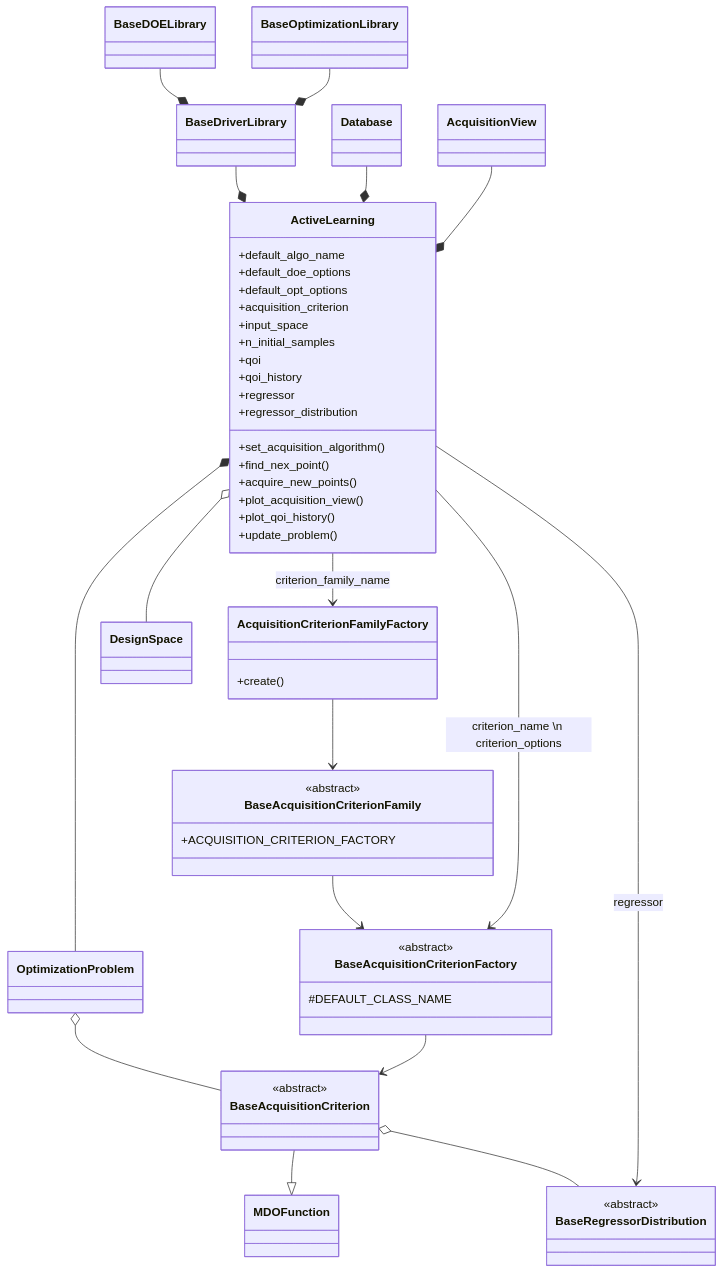
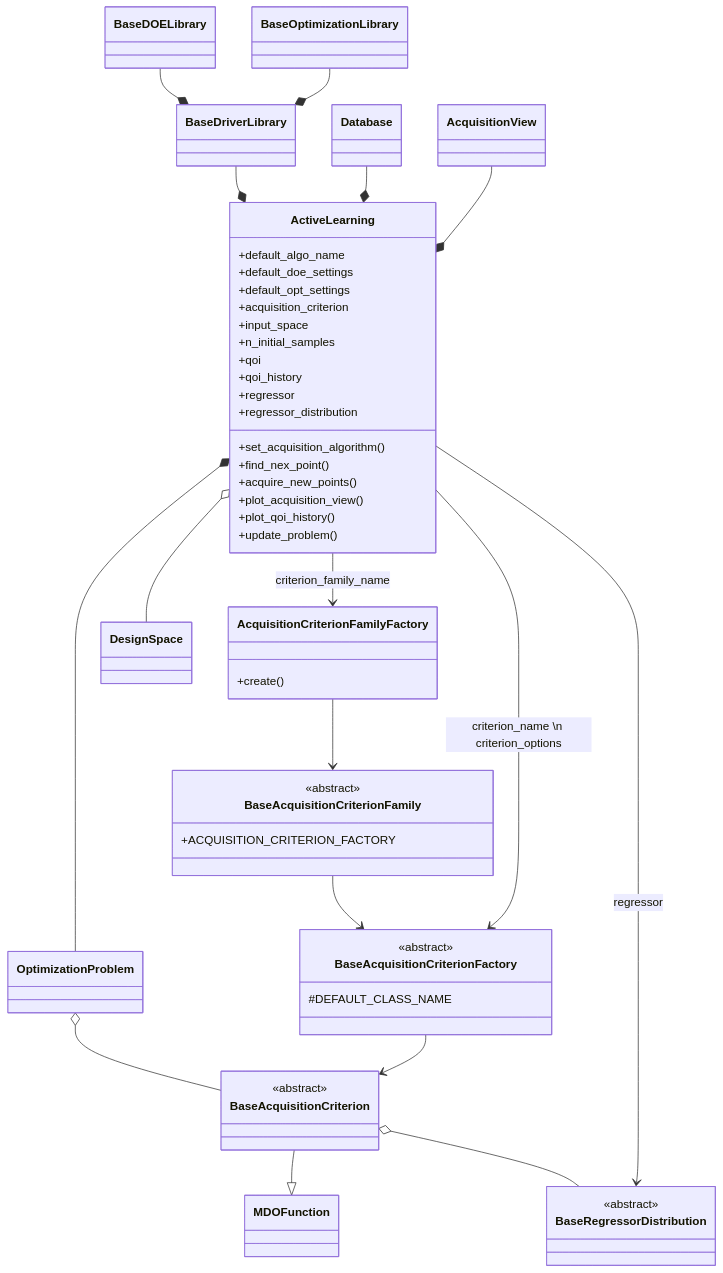
One commit to gemseo/gemseo-mlearning changed the diagram in docs/developer_guide/active_learning.md. Above: the diagram before and after it, drawn with Mermaid. The commit also changed 18 other files, not shown here.

````diff
--- a/docs/developer_guide/active_learning.md
+++ b/docs/developer_guide/active_learning.md
@@ -48,59 +48,59 @@
 ``` mermaid
 classDiagram
 
     ActiveLearning *-- OptimizationProblem
     ActiveLearning o-- DesignSpace
     ActiveLearning --> AcquisitionCriterionFamilyFactory: criterion_family_name
     ActiveLearning --> BaseAcquisitionCriterionFactory: criterion_name \n criterion_options
     ActiveLearning --> BaseRegressorDistribution: regressor
     BaseDriverLibrary --* ActiveLearning
     BaseDOELibrary --* BaseDriverLibrary
     BaseOptimizationLibrary --* BaseDriverLibrary
     Database --* ActiveLearning
     AcquisitionView --* ActiveLearning
 
     OptimizationProblem o-- BaseAcquisitionCriterion
 
     AcquisitionCriterionFamilyFactory --> BaseAcquisitionCriterionFamily
     BaseAcquisitionCriterionFamily --> BaseAcquisitionCriterionFactory
     BaseAcquisitionCriterionFactory --> BaseAcquisitionCriterion
 
     BaseAcquisitionCriterion --|> MDOFunction
     BaseAcquisitionCriterion o-- BaseRegressorDistribution
 
     <<abstract>> BaseAcquisitionCriterion
     <<abstract>> BaseAcquisitionCriterionFactory
     <<abstract>> BaseAcquisitionCriterionFamily
     <<abstract>> BaseRegressorDistribution
 
     class ActiveLearning {
         +default_algo_name
-        +default_doe_options
-        +default_opt_options
+        +default_doe_settings
+        +default_opt_settings
         +acquisition_criterion
         +input_space
         +n_initial_samples
         +qoi
         +qoi_history
         +regressor
         +regressor_distribution
         +set_acquisition_algorithm()
         +find_nex_point()
         +acquire_new_points()
         +plot_acquisition_view()
         +plot_qoi_history()
         +update_problem()
     }
 
     class AcquisitionCriterionFamilyFactory {
         +create()
     }
 
     class BaseAcquisitionCriterionFamily {
         +ACQUISITION_CRITERION_FACTORY
     }
 
     class BaseAcquisitionCriterionFactory {
         #DEFAULT_CLASS_NAME
     }
 ```
````
